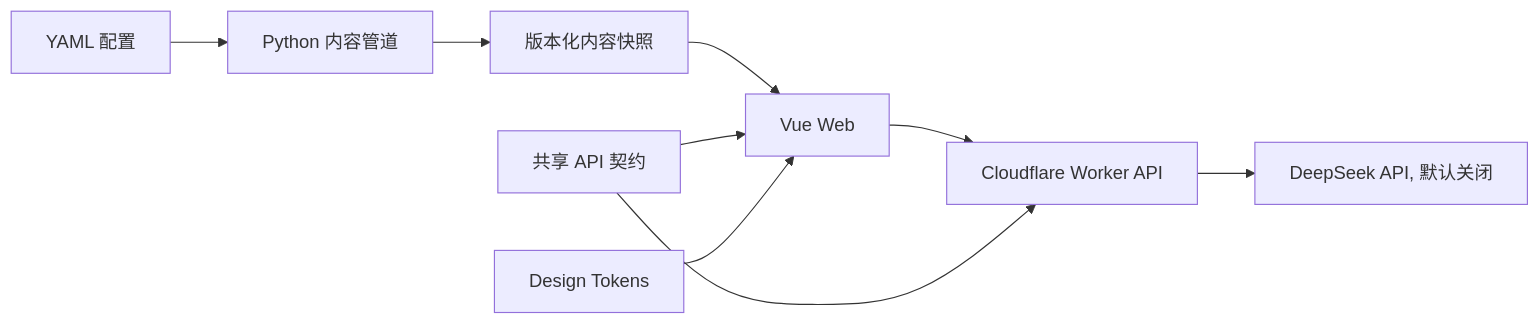
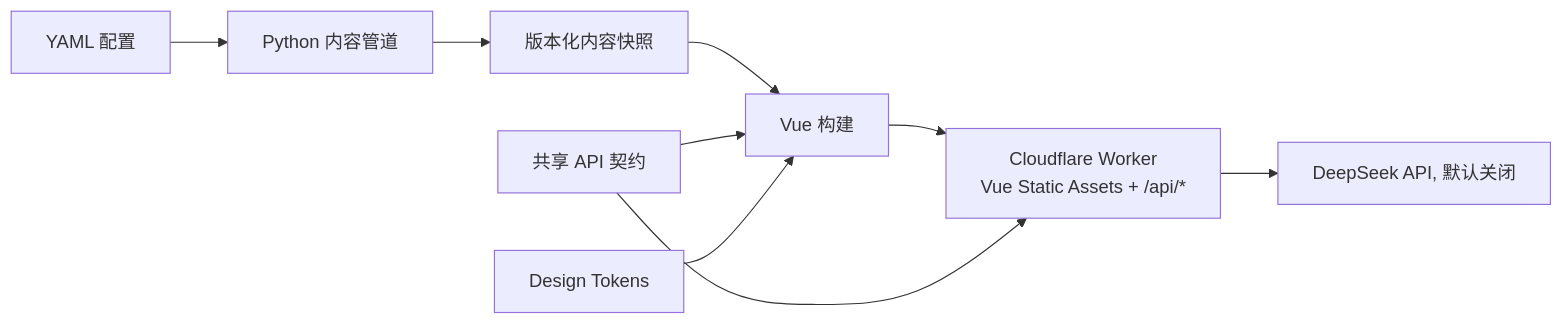
Before and after one commit to Dyj0926D/newseviday: the diagram in README.md, drawn with Mermaid. The commit also changed other lines of this file and 7 other files, not shown here.

Commit message:
chore: adopt Cloudflare Workers static assets

````diff
--- a/README.md
+++ b/README.md
@@ -38,11 +38,11 @@
 ```mermaid
 flowchart LR
     Config["YAML 配置"] --> Pipeline["Python 内容管道"]
     Pipeline --> Snapshot["版本化内容快照"]
-    Snapshot --> Web["Vue Web"]
-    Web --> Worker["Cloudflare Worker API"]
+    Snapshot --> WebBuild["Vue 构建"]
+    WebBuild --> Worker["Cloudflare Worker<br/>Vue Static Assets + /api/*"]
     Worker --> Model["DeepSeek API, 默认关闭"]
-    Contracts["共享 API 契约"] --> Web
+    Contracts["共享 API 契约"] --> WebBuild
     Contracts --> Worker
-    Tokens["Design Tokens"] --> Web
+    Tokens["Design Tokens"] --> WebBuild
 ```
````
